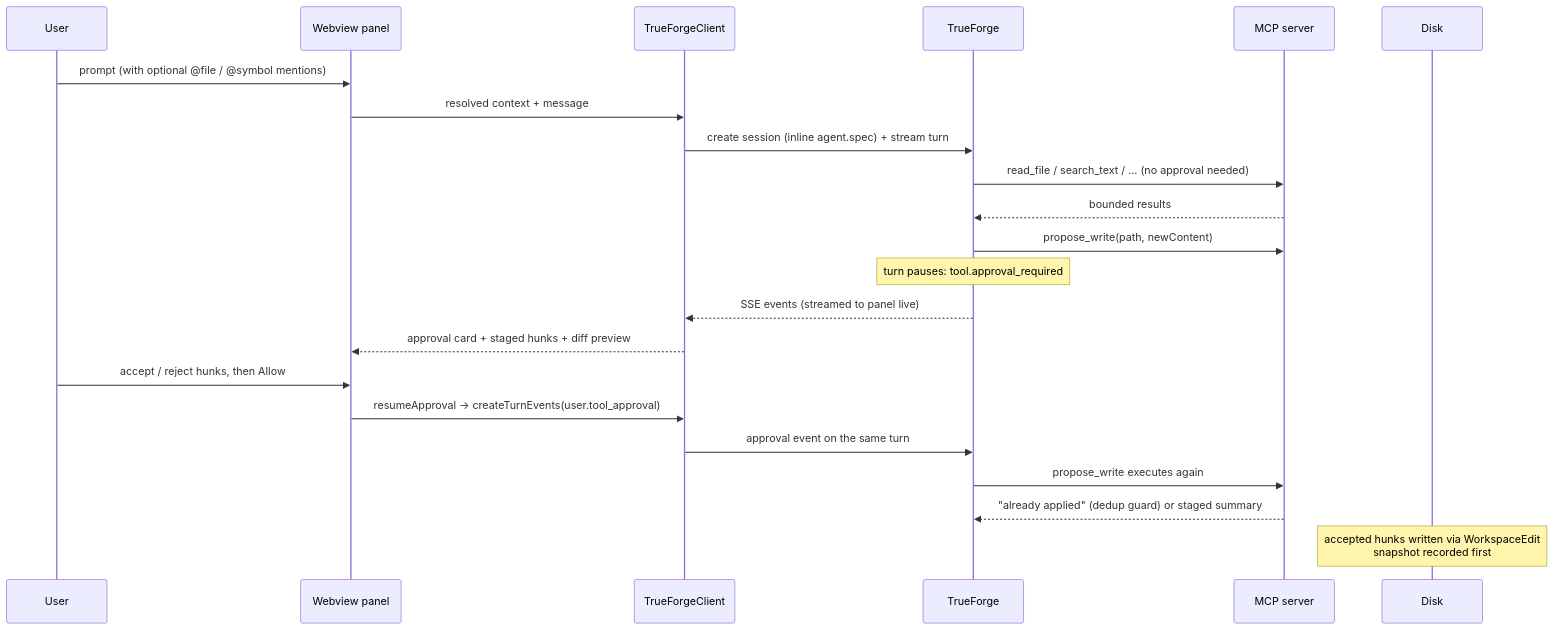
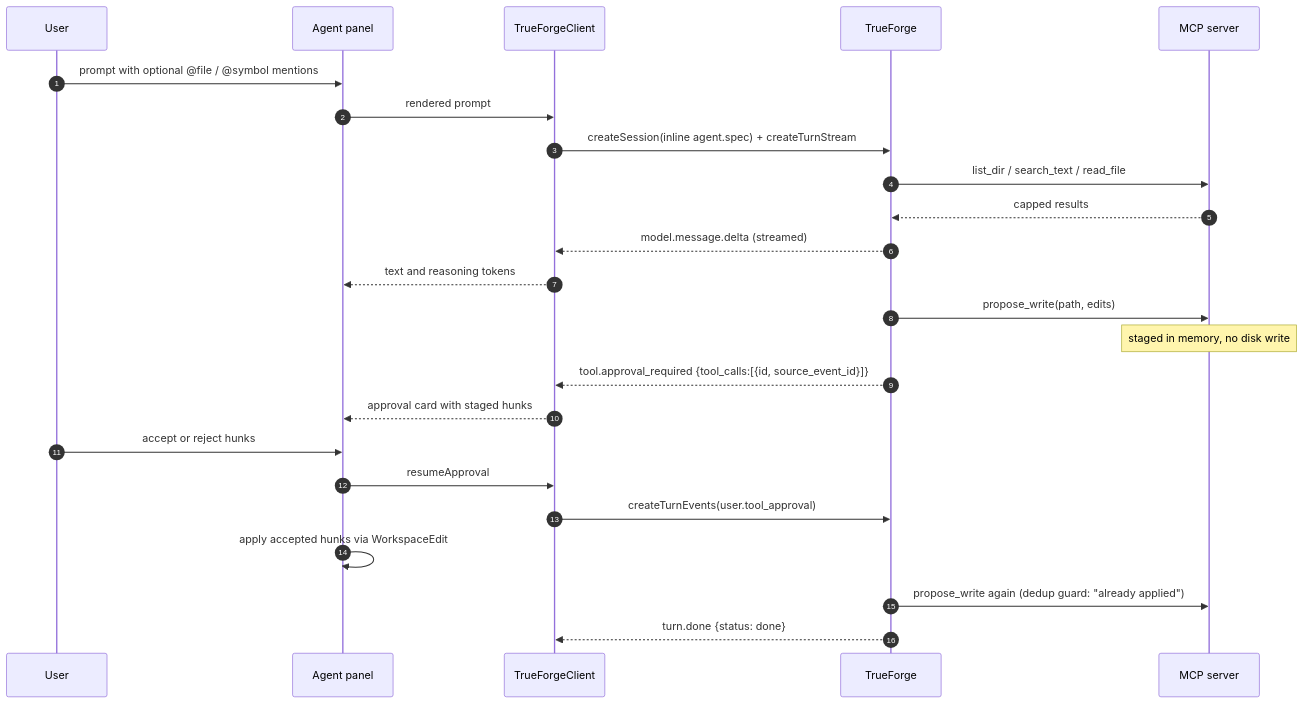
The second of 5 diagrams in README.md (theRiddler9/Forge-a-thon), drawn with Mermaid before and after one commit. The commit also changed other lines of this file and 6 other files, not shown here.

First line of the commit message:
docs(readme): rewrite for submission with diagrams and task screenshots

````diff
--- a/README.md
+++ b/README.md
@@ -68,25 +77,27 @@
 ```mermaid
 sequenceDiagram
+    autonumber
     participant U as User
-    participant P as Webview panel
+    participant P as Agent panel
     participant C as TrueForgeClient
     participant T as TrueForge
     participant M as MCP server
-    participant D as Disk
 
-    U->>P: prompt (with optional @file / @symbol mentions)
-    P->>C: resolved context + message
-    C->>T: create session (inline agent.spec) + stream turn
-    T->>M: read_file / search_text / ... (no approval needed)
-    M-->>T: bounded results
-    T->>M: propose_write(path, newContent)
-    Note over T: turn pauses: tool.approval_required
-    T-->>C: SSE events (streamed to panel live)
-    C-->>P: approval card + staged hunks + diff preview
-    U->>P: accept / reject hunks, then Allow
-    P->>C: resumeApproval -> createTurnEvents(user.tool_approval)
-    C->>T: approval event on the same turn
-    T->>M: propose_write executes again
-    M-->>T: "already applied" (dedup guard) or staged summary
-    Note over D: accepted hunks written via WorkspaceEdit<br/>snapshot recorded first
+    U->>P: prompt with optional @file / @symbol mentions
+    P->>C: rendered prompt
+    C->>T: createSession(inline agent.spec) + createTurnStream
+    T->>M: list_dir / search_text / read_file
+    M-->>T: capped results
+    T-->>C: model.message.delta (streamed)
+    C-->>P: text and reasoning tokens
+    T->>M: propose_write(path, edits)
+    Note over M: staged in memory, no disk write
+    T-->>C: tool.approval_required {tool_calls:[{id, source_event_id}]}
+    C-->>P: approval card with staged hunks
+    U->>P: accept or reject hunks
+    P->>C: resumeApproval
+    C->>T: createTurnEvents(user.tool_approval)
+    P->>P: apply accepted hunks via WorkspaceEdit
+    T->>M: propose_write again (dedup guard: "already applied")
+    T-->>C: turn.done {status: done}
 ```
````
